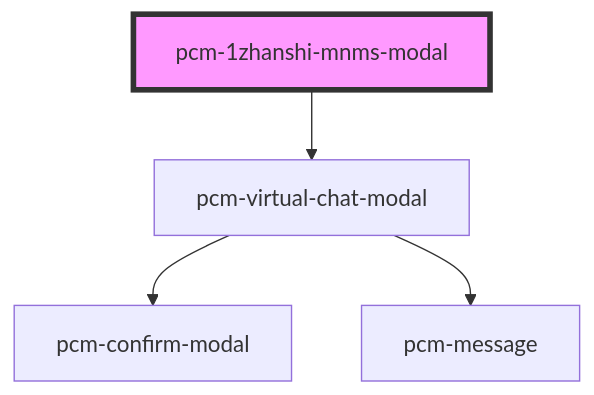
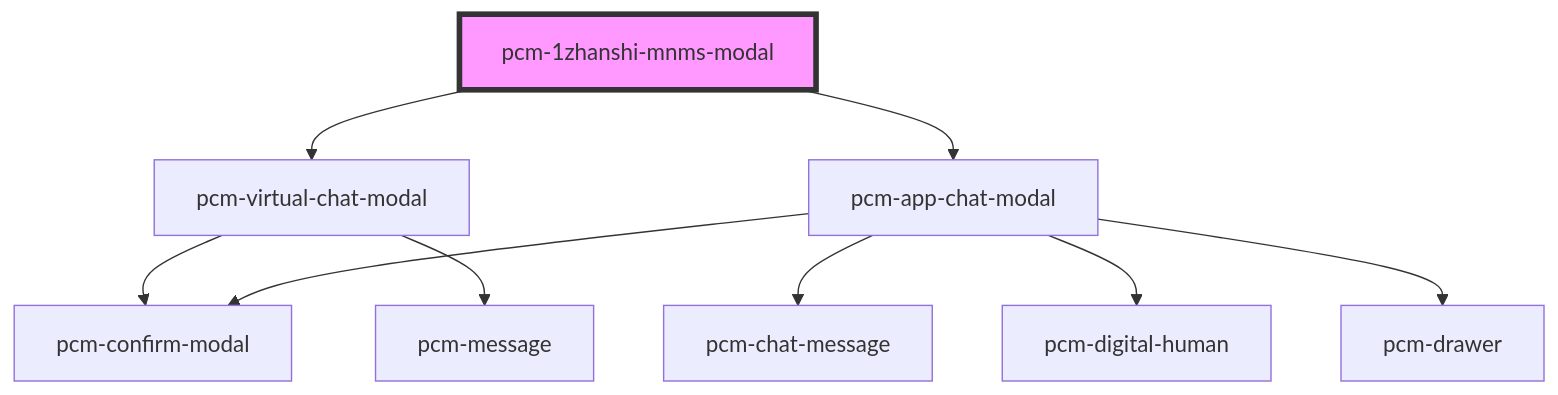
Before and after one commit to Pincaimao/pcm-agents-sdk: the diagram in packages/pcm-agents/docs/components/pcm-1zhanshi-mnms-modal/readme.md, drawn with Mermaid. The commit also changed other lines of this file and 12 other files, not shown here.

````diff
--- a/packages/pcm-agents/docs/components/pcm-1zhanshi-mnms-modal/readme.md
+++ b/packages/pcm-agents/docs/components/pcm-1zhanshi-mnms-modal/readme.md
@@ -51,7 +53,12 @@
 ```mermaid
 graph TD;
   pcm-1zhanshi-mnms-modal --> pcm-virtual-chat-modal
+  pcm-1zhanshi-mnms-modal --> pcm-app-chat-modal
   pcm-virtual-chat-modal --> pcm-confirm-modal
   pcm-virtual-chat-modal --> pcm-message
+  pcm-app-chat-modal --> pcm-chat-message
+  pcm-app-chat-modal --> pcm-digital-human
+  pcm-app-chat-modal --> pcm-drawer
+  pcm-app-chat-modal --> pcm-confirm-modal
   style pcm-1zhanshi-mnms-modal fill:#f9f,stroke:#333,stroke-width:4px
 ```
````
